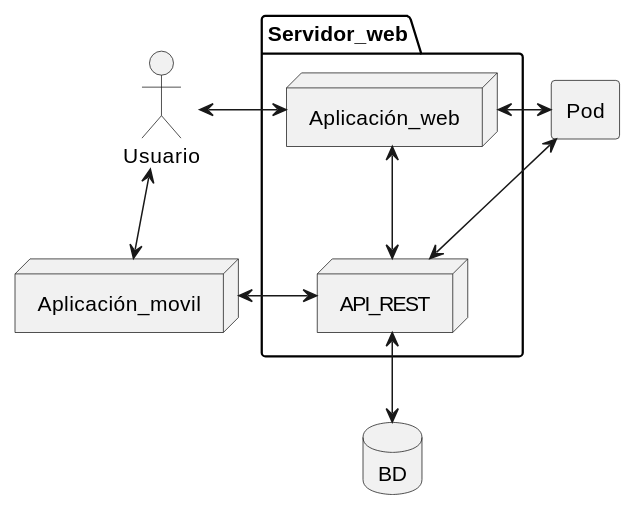
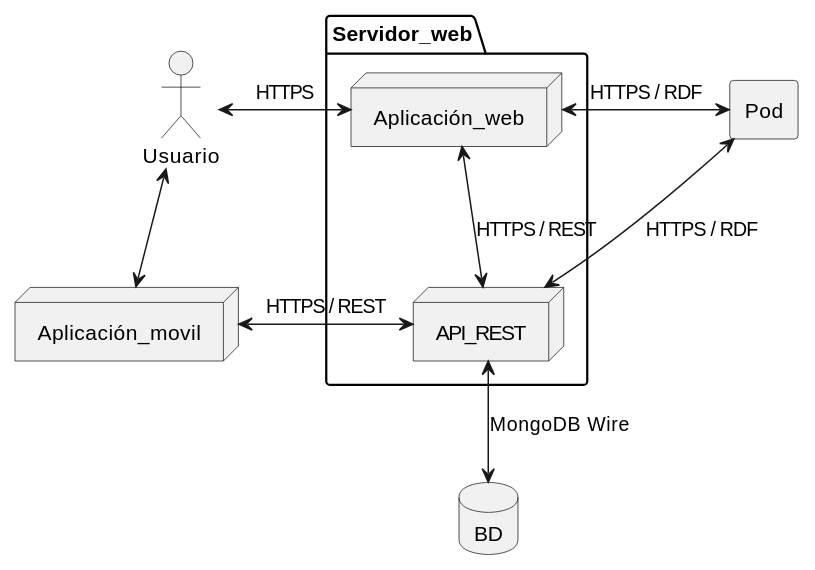
Before and after one commit to Arquisoft/radarin_es4b: the second of 2 diagrams in webapp/docs/05_building_block_view.adoc, drawn with PlantUML. The commit also changed other lines of this file and 5 other files, not shown here.

```diff
--- a/webapp/docs/05_building_block_view.adoc
+++ b/webapp/docs/05_building_block_view.adoc
@@ -39,20 +39,20 @@
 [plantuml,"Nivel 2",png]
 ----
 @startuml
 actor Usuario
 node Aplicación_movil
 package Servidor_web {
    node Aplicación_web
    node API_REST
 }
 database BD
 agent "Pod"
-Usuario <-right-> Aplicación_web
+Usuario <-right-> Aplicación_web: HTTPS
 Usuario <-right-> Aplicación_movil
-Aplicación_movil <-right->  API_REST
-Pod <-down-> API_REST
-Aplicación_web <-down-> API_REST
-Aplicación_web <-right-> Pod
-API_REST <-down-> BD
+Aplicación_movil <-right->  API_REST: HTTPS / REST
+Pod <-down-> API_REST: HTTPS / RDF
+Aplicación_web <-down-> API_REST: HTTPS / REST
+Aplicación_web <-right-> Pod: HTTPS / RDF
+API_REST <-down-> BD: MongoDB Wire
 @enduml
 ----
```
